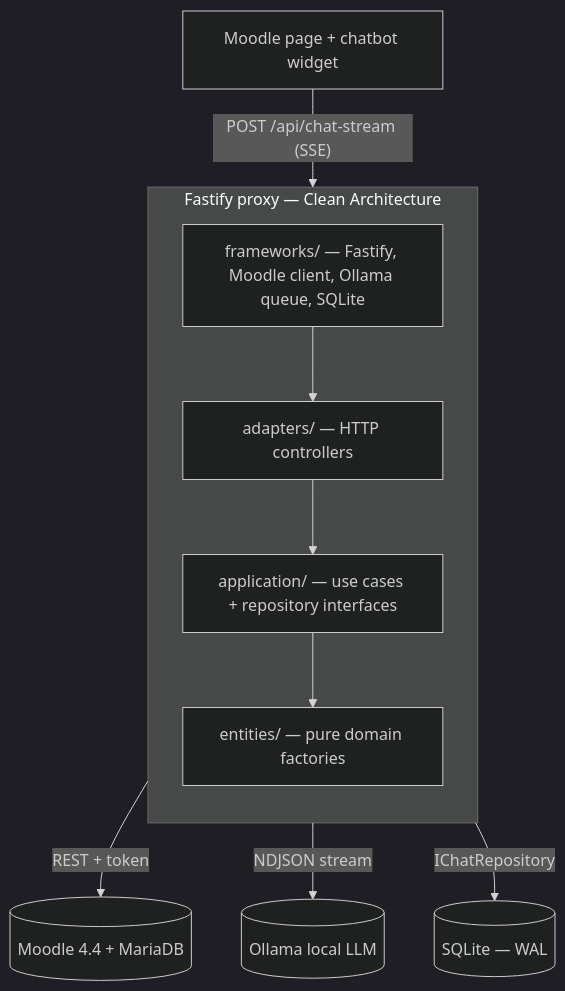
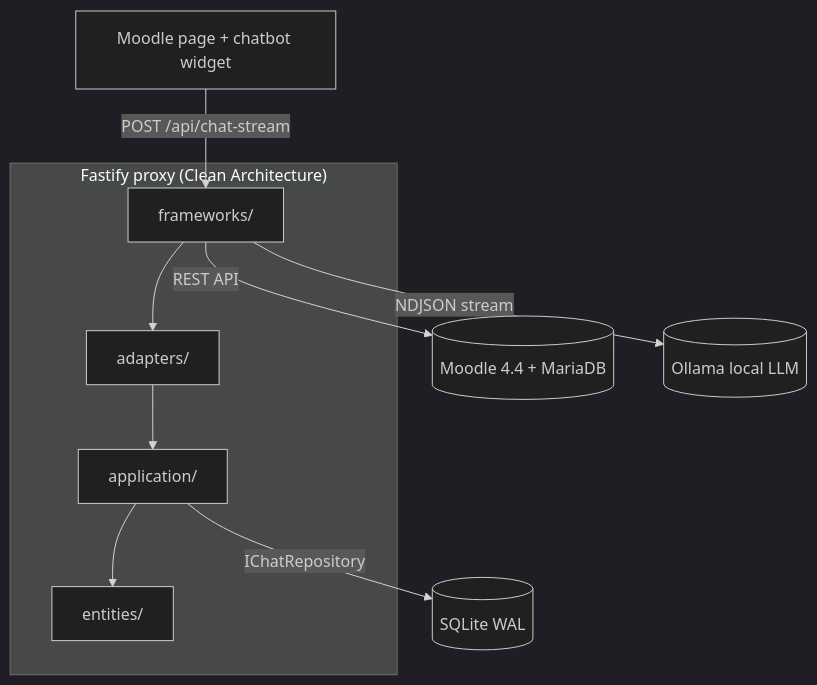
Before and after one commit to IliasAlmerekov/moodle: the diagram in README.md, drawn with Mermaid (dark theme).

Commit message:
fix(readme): simplify mermaid diagram for GitHub renderer compatibility

````diff
--- a/README.md
+++ b/README.md
@@ -230,15 +230,16 @@
 ```mermaid
 flowchart TD
-    Browser["Moodle page + chatbot widget"] -->|"POST /api/chat-stream (SSE)"| FW
-    subgraph Proxy["Fastify proxy — Clean Architecture"]
-        direction TB
-        FW["frameworks/ — Fastify, Moodle client, Ollama queue, SQLite"]
-        AD["adapters/ — HTTP controllers"]
-        APP["application/ — use cases + repository interfaces"]
-        EN["entities/ — pure domain factories"]
+    Browser["Moodle page + chatbot widget"] -->|"POST /api/chat-stream"| FW
+
+    subgraph Proxy["Fastify proxy (Clean Architecture)"]
+        FW["frameworks/"]
+        AD["adapters/"]
+        APP["application/"]
+        EN["entities/"]
         FW --> AD --> APP --> EN
     end
-    FW -->|"REST + token"| Moodle[("Moodle 4.4 + MariaDB")]
+
+    FW -->|"REST API"| Moodle[("Moodle 4.4 + MariaDB")]
     FW -->|"NDJSON stream"| Ollama[("Ollama local LLM")]
-    APP -->|"IChatRepository"| DB[("SQLite — WAL")]
+    APP -->|"IChatRepository"| DB[("SQLite WAL")]
 ```
````
